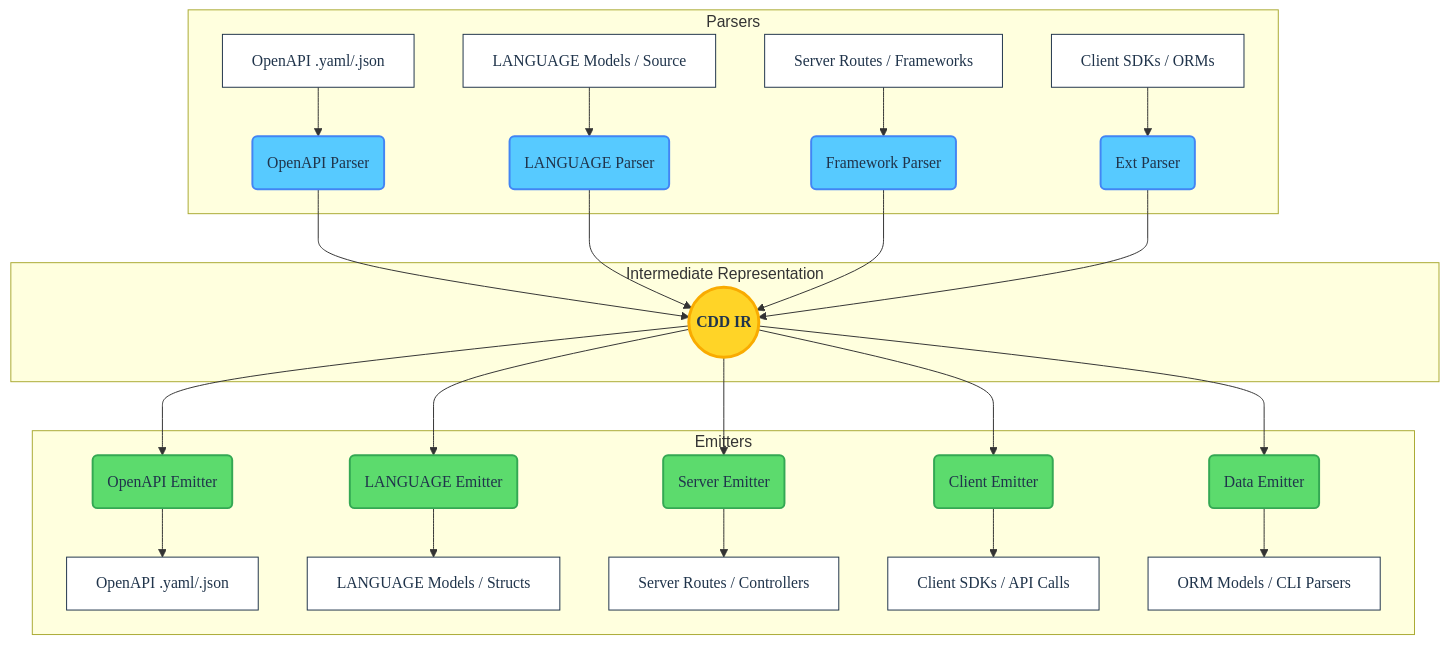
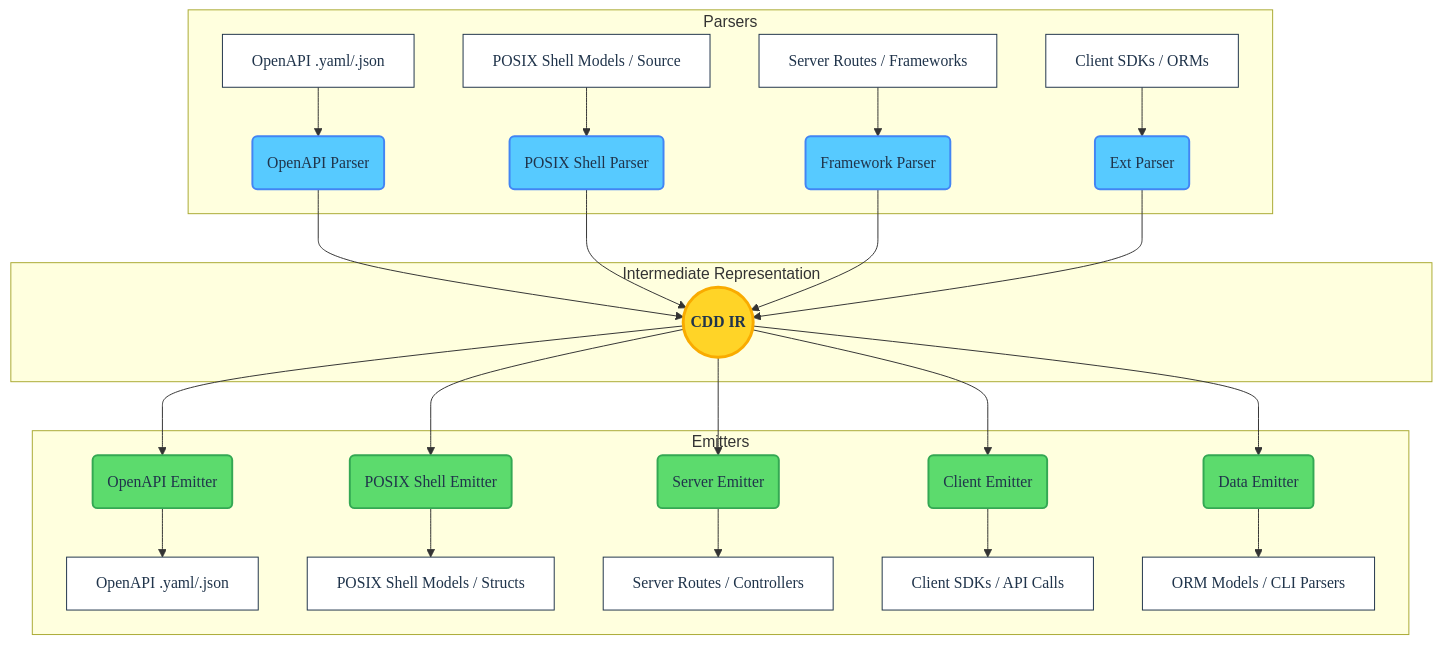
Before and after one commit to SamuelMarks/cdd-sh: the diagram in ARCHITECTURE.md, drawn with Mermaid. The commit also changed other lines of this file and 9 other files, not shown here.

````diff
--- a/ARCHITECTURE.md
+++ b/ARCHITECTURE.md
@@ -14,38 +14,38 @@
 ```mermaid
 graph TD
     %% Styling Definitions
     classDef frontend fill:#57caff,stroke:#4285f4,stroke-width:2px,color:#20344b,font-family:Roboto Mono
     classDef core fill:#ffd427,stroke:#f9ab00,stroke-width:3px,color:#20344b,font-family:Google Sans,font-weight:bold
     classDef backend fill:#5cdb6d,stroke:#34a853,stroke-width:2px,color:#20344b,font-family:Roboto Mono
     classDef endpoint fill:#ffffff,stroke:#20344b,stroke-width:1px,color:#20344b,font-family:Google Sans
 
     subgraph Frontend [Parsers]
         A[OpenAPI .yaml/.json]:::endpoint --> P1(OpenAPI Parser):::frontend
-        B[LANGUAGE Models / Source]:::endpoint --> P2(LANGUAGE Parser):::frontend
+        B[POSIX Shell Models / Source]:::endpoint --> P2(POSIX Shell Parser):::frontend
         C[Server Routes / Frameworks]:::endpoint --> P3(Framework Parser):::frontend
         D[Client SDKs / ORMs]:::endpoint --> P4(Ext Parser):::frontend
     end
 
     subgraph Core [Intermediate Representation]
         IR((CDD IR)):::core
     end
 
     subgraph Backend [Emitters]
         E1(OpenAPI Emitter):::backend --> X[OpenAPI .yaml/.json]:::endpoint
-        E2(LANGUAGE Emitter):::backend --> Y[LANGUAGE Models / Structs]:::endpoint
+        E2(POSIX Shell Emitter):::backend --> Y[POSIX Shell Models / Structs]:::endpoint
         E3(Server Emitter):::backend --> Z[Server Routes / Controllers]:::endpoint
         E4(Client Emitter):::backend --> W[Client SDKs / API Calls]:::endpoint
         E5(Data Emitter):::backend --> V[ORM Models / CLI Parsers]:::endpoint
     end
 
     P1 --> IR
     P2 --> IR
     P3 --> IR
     P4 --> IR
 
     IR --> E1
     IR --> E2
     IR --> E3
     IR --> E4
     IR --> E5
 ```
````
